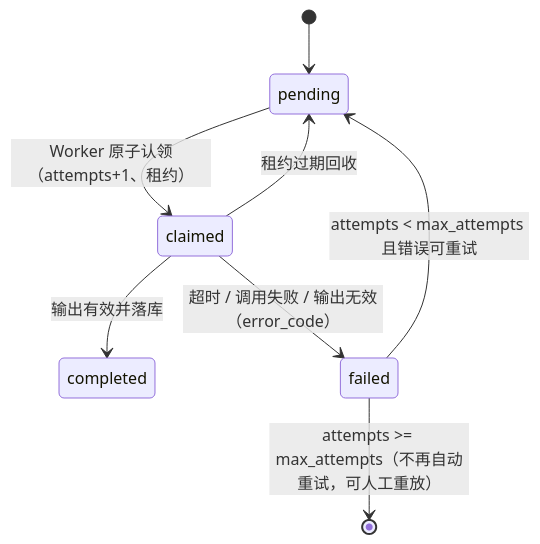
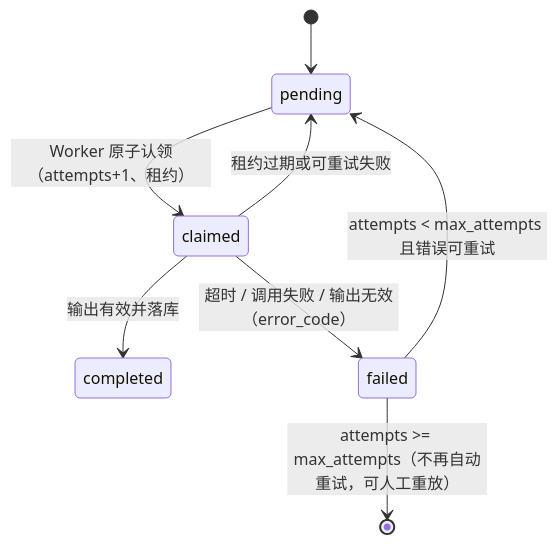
One commit to Fei-stack-wq/maie6000c-PRI changed the third of 6 diagrams in docs/architecture.md. Above: the diagram before and after it, drawn with Mermaid. The commit also changed other lines of this file and 33 other files, not shown here.

````diff
--- a/docs/architecture.md
+++ b/docs/architecture.md
@@ -274,10 +274,10 @@
 ```mermaid
 stateDiagram-v2
     [*] --> pending
     pending --> claimed: Worker 原子认领（attempts+1、租约）
     claimed --> completed: 输出有效并落库
     claimed --> failed: 超时 / 调用失败 / 输出无效（error_code）
     failed --> pending: attempts < max_attempts 且错误可重试
-    claimed --> pending: 租约过期回收
+    claimed --> pending: 租约过期或可重试失败
     failed --> [*]: attempts >= max_attempts（不再自动重试，可人工重放）
 ```
````
